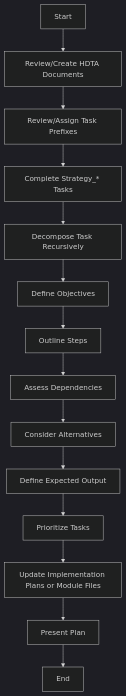
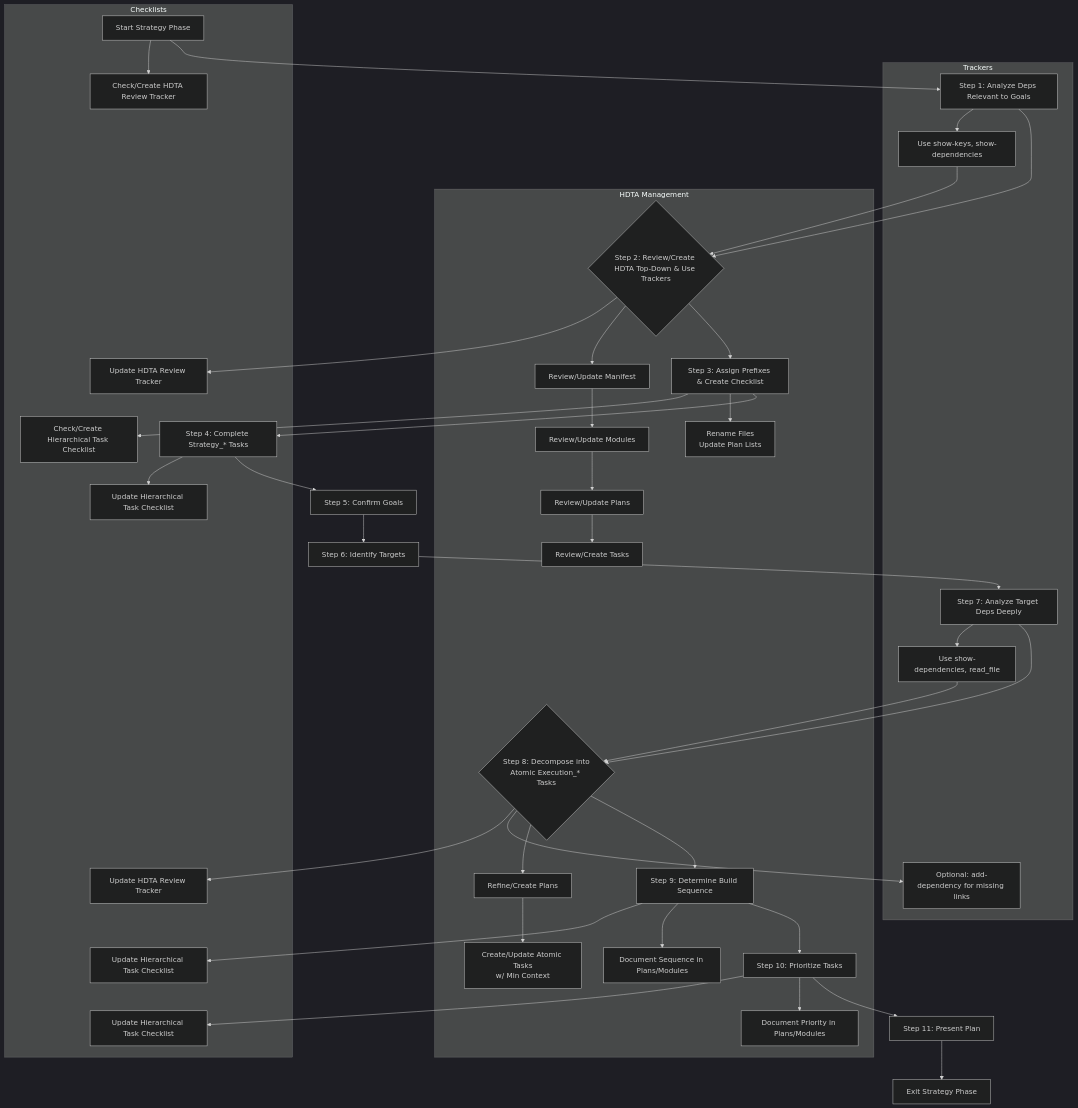
One commit to tejasPhaveri/Cline-Recursive-Chain-of-Thought-System-CRCT- changed the diagram in cline_docs/prompts/strategy_plugin.md. Above: the diagram before and after it, drawn with Mermaid (dark theme). The commit also changed other lines of this file and 10 other files, not shown here.

````diff
--- a/cline_docs/prompts/strategy_plugin.md
+++ b/cline_docs/prompts/strategy_plugin.md
@@ -158,16 +216,45 @@
 ```mermaid
 flowchart TD
-A[Start] --> B[Review/Create HDTA Documents]
-B --> C[Review/Assign Task Prefixes]
-C --> D[Complete Strategy_* Tasks]
-D --> E[Decompose Task Recursively]
-E --> F[Define Objectives]
-F --> G[Outline Steps]
-G --> H[Assess Dependencies]
-H --> I[Consider Alternatives]
-I --> J[Define Expected Output]
-J --> K[Prioritize Tasks]
-K --> L[Update Implementation Plans or Module Files]
-L --> M[Present Plan]
-M --> N[End]
+    A[Start Strategy Phase] --> B[Step 1: Analyze Deps Relevant to Goals];
+    B --> C{Step 2: Review/Create HDTA Top-Down & Use Trackers};
+    C --> D[Step 3: Assign Prefixes & Create Checklist];
+    D --> E[Step 4: Complete Strategy_* Tasks];
+    E --> F[Step 5: Confirm Goals];
+    F --> G[Step 6: Identify Targets];
+    G --> H[Step 7: Analyze Target Deps Deeply];
+    H --> I{Step 8: Decompose into<br>Atomic Execution_* Tasks};
+    I --> J[Step 9: Determine Build Sequence];
+    J --> K[Step 10: Prioritize Tasks];
+    K --> L[Step 11: Present Plan];
+    L --> M[Exit Strategy Phase];
+
+    subgraph HDTA Management
+        C --> C1[Review/Update Manifest]
+        C1 --> C2[Review/Update Modules]
+        C2 --> C3[Review/Update Plans]
+        C3 --> C4[Review/Create Tasks]
+        I --> I1[Refine/Create Plans]
+        I1 --> I2[Create/Update Atomic Tasks<br>w/ Min Context]
+        D --> D1[Rename Files<br>Update Plan Lists]
+        J --> J1[Document Sequence in Plans/Modules]
+        K --> K1[Document Priority in Plans/Modules]
+    end
+
+    subgraph Trackers
+        B --> T1[Use show-keys, show-dependencies]
+        H --> T2[Use show-dependencies, read_file]
+        I --> T3[Optional: add-dependency for missing links]
+        T1 --> C
+        T2 --> I
+    end
+
+    subgraph Checklists
+       A --> CL1[Check/Create HDTA Review Tracker]
+       C --> CL2[Update HDTA Review Tracker]
+       I --> CL3[Update HDTA Review Tracker]
+       D --> CL4[Check/Create Hierarchical Task Checklist]
+       E --> CL5[Update Hierarchical Task Checklist]
+       J --> CL6[Update Hierarchical Task Checklist]
+       K --> CL7[Update Hierarchical Task Checklist]
+    end
 ```
````
